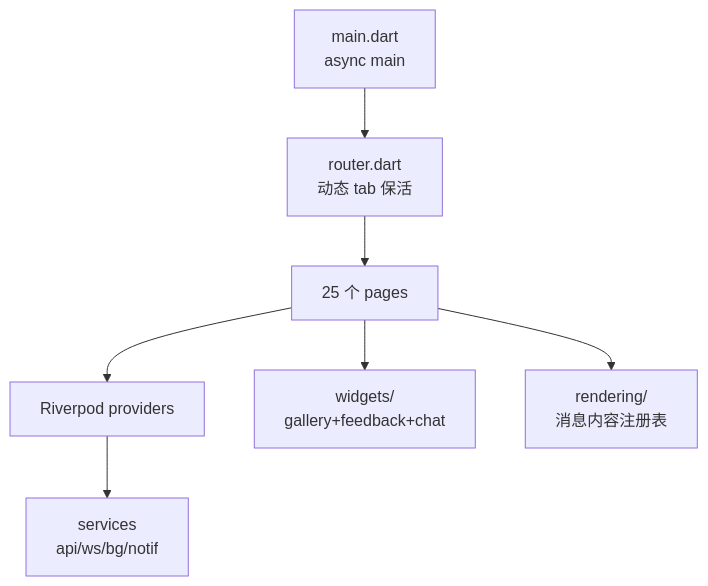
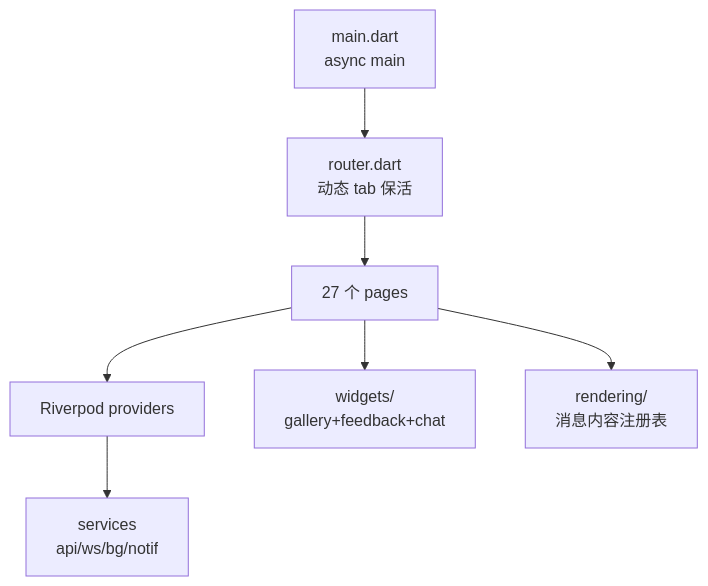
The diagram in app/CLAUDE.md (luoyu318/wanling), drawn with Mermaid before and after one commit. The commit also changed 12 other files, not shown here.

````diff
--- a/app/CLAUDE.md
+++ b/app/CLAUDE.md
@@ -35,16 +35,16 @@
 ```mermaid
 flowchart TB
     MAIN[main.dart<br/>async main]
     ROUTER[router.dart<br/>动态 tab 保活]
-        PAGES[25 个 pages]
+        PAGES[27 个 pages]
     PROVIDERS[Riverpod providers]
     SERVICES[services<br/>api/ws/bg/notif]
     WIDGETS[widgets/<br/>gallery+feedback+chat]
     RENDER[rendering/<br/>消息内容注册表]
     
     MAIN --> ROUTER --> PAGES
     PAGES --> PROVIDERS
     PROVIDERS --> SERVICES
     PAGES --> WIDGETS
     PAGES --> RENDER
 ```
````
